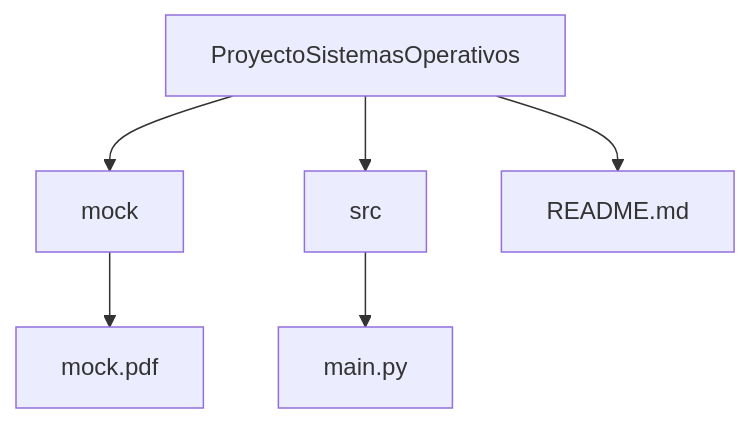
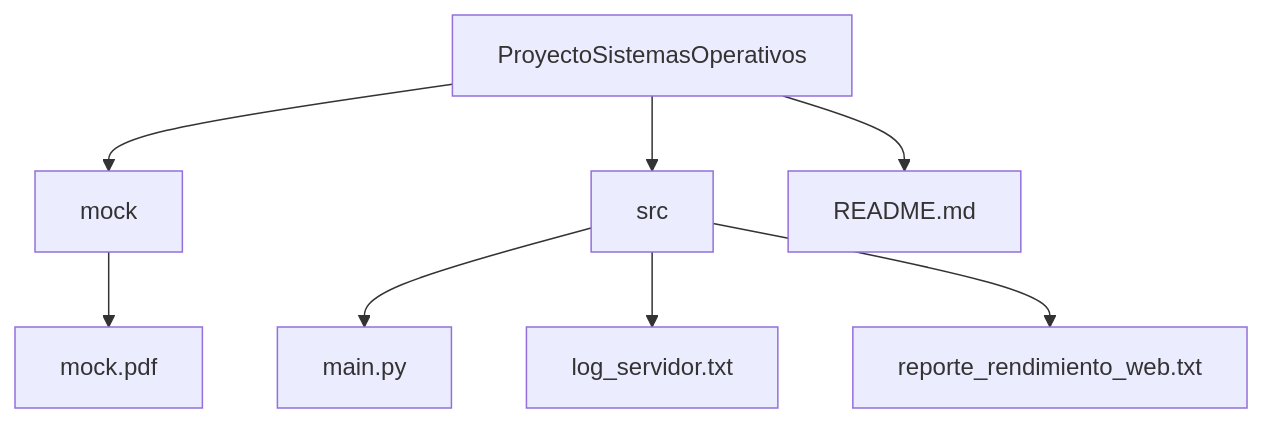
One commit to samsj01/ProyectoSistemasOperativos changed the diagram in README.md. Above: the diagram before and after it, drawn with Mermaid. The commit also changed other lines of this file, not shown here.

````diff
--- a/README.md
+++ b/README.md
@@ -19,13 +48,14 @@
 ```mermaid
 flowchart TD
     A[ProyectoSistemasOperativos]
 
     A --> B[mock]
     A --> C[src]
     A --> D[README.md]
 
+    C --> G[main.py]
+    C --> H[log_servidor.txt]
+    C --> K[reporte_rendimiento_web.txt]
+    B --> I[mock.pdf]
 
-    C --> G[main.py]
-    B --> I[mock.pdf]
-    
 ```
````
